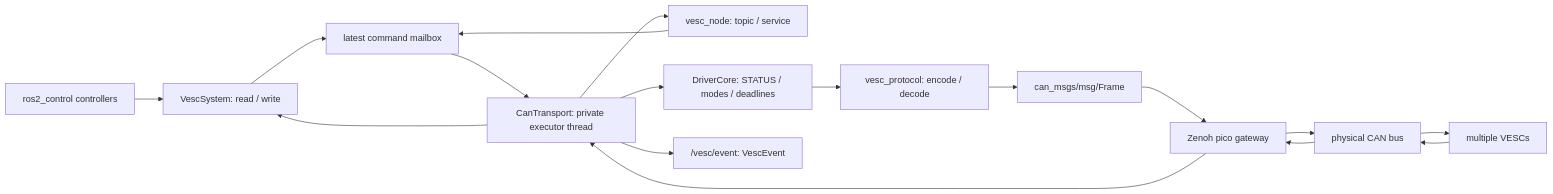
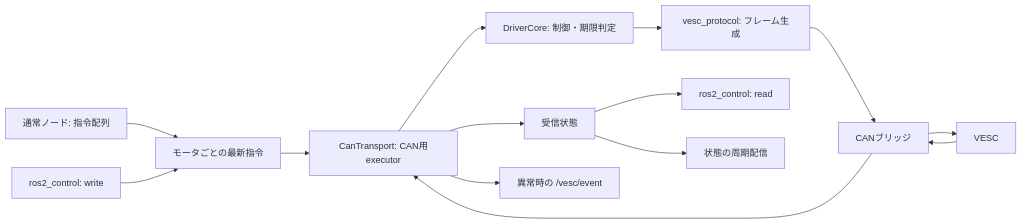
One commit to ryo-0723/vesc_can_ros2_control changed the diagram in docs/architecture.md. Above: the diagram before and after it, drawn with Mermaid. The commit also changed other lines of this file and 23 other files, not shown here.

````diff
--- a/docs/architecture.md
+++ b/docs/architecture.md
@@ -20,19 +33,16 @@
 ```mermaid
 flowchart LR
-  C[ros2_control controllers] --> H[VescSystem: read / write]
-  N[vesc_node: topic / service] --> M[latest command mailbox]
-  H --> M
-  M --> T[CanTransport: private executor thread]
-  T --> D[DriverCore: STATUS / modes / deadlines]
-  D --> P[vesc_protocol: encode / decode]
-  P --> F[can_msgs/msg/Frame]
-  F --> Z[Zenoh pico gateway]
-  Z --> B[physical CAN bus]
-  B --> V[multiple VESCs]
+  N[通常ノード: 指令配列] --> M[モータごとの最新指令]
+  H[ros2_control: write] --> M
+  M --> T[CanTransport: CAN用executor]
+  T --> D[DriverCore: 制御・期限判定]
+  D --> P[vesc_protocol: フレーム生成]
+  P --> B[CANブリッジ]
+  B --> V[VESC]
   V --> B
-  B --> Z
-  Z --> T
-  T --> H
-  T --> N
-  T --> E["/vesc/event: VescEvent"]
+  B --> T
+  T --> S[受信状態]
+  S --> R[ros2_control: read]
+  S --> U[状態の周期配信]
+  T --> E[異常時の /vesc/event]
 ```
````
